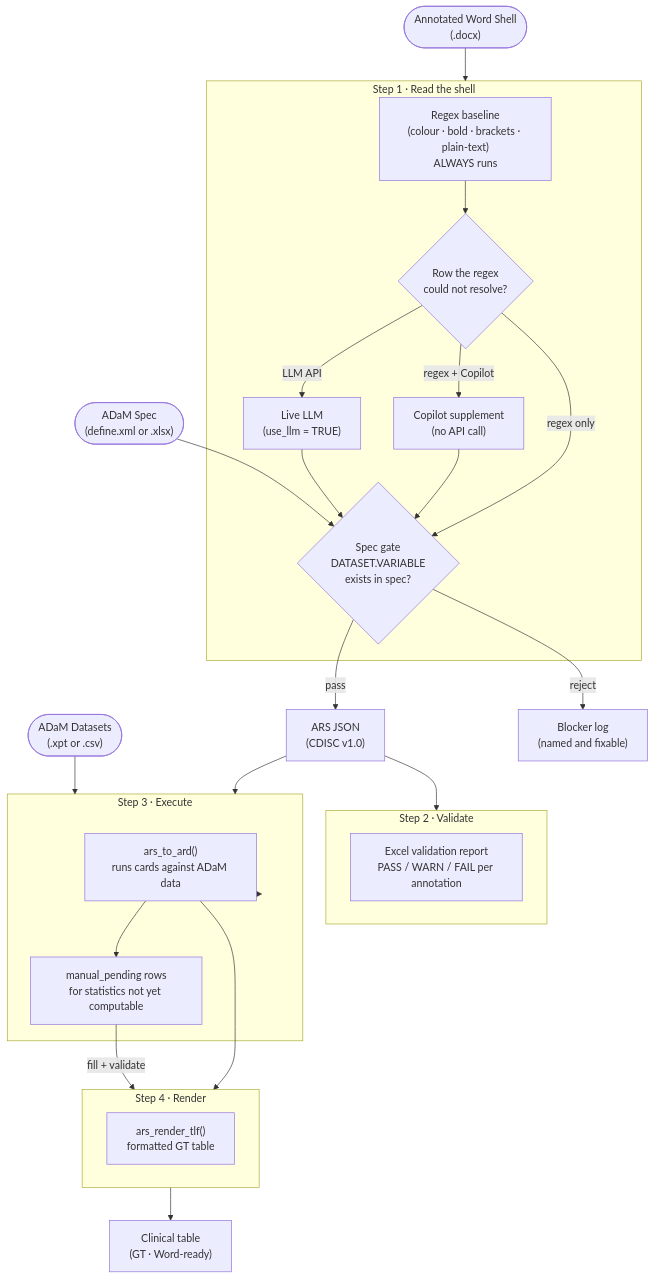
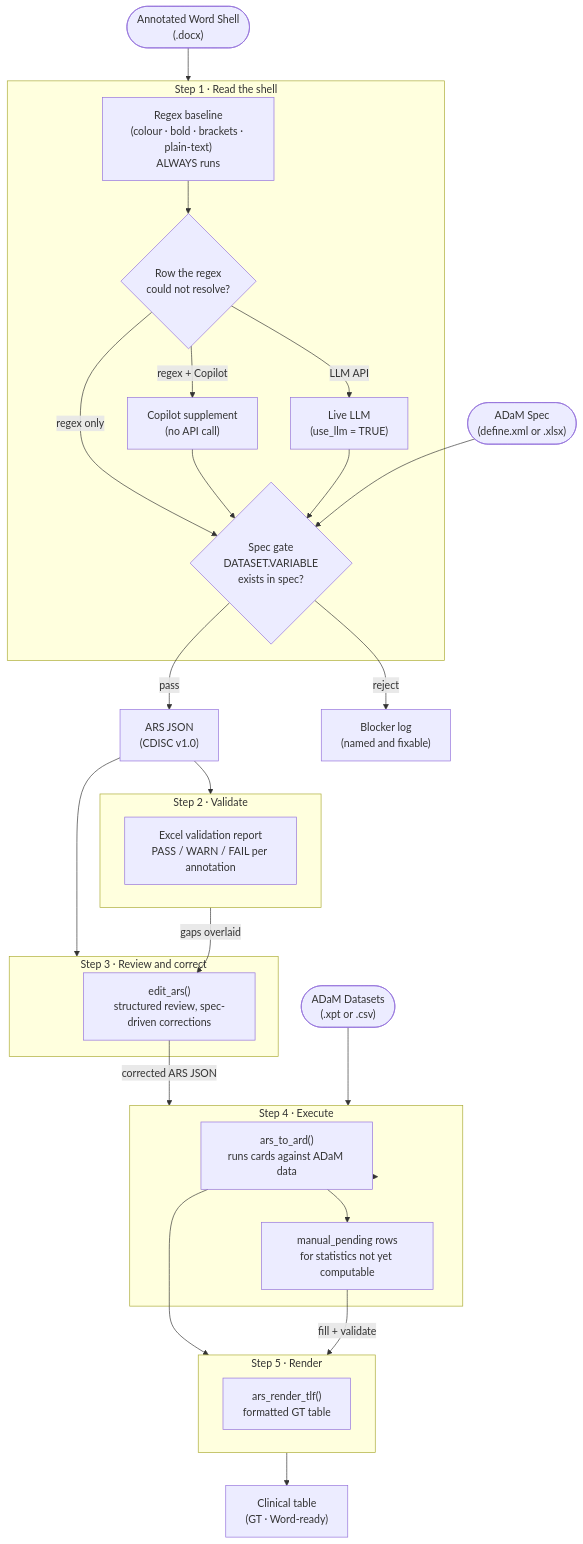
Before and after one commit to tavakohr/arsbridge: the diagram in README.Rmd, drawn with Mermaid. The commit also changed other lines of this file and 56 other files, not shown here.

First line of the commit message:
feat: interactive ARS review/edit stage + CDISC ARS v1.0 conformance (#11)

````diff
--- a/README.Rmd
+++ b/README.Rmd
@@ -49,44 +49,50 @@
 ```mermaid
 flowchart TD
     SHELL(["Annotated Word Shell\n(.docx)"])
     SPEC(["ADaM Spec\n(define.xml or .xlsx)"])
     ADAM(["ADaM Datasets\n(.xpt or .csv)"])
 
     subgraph STEP1 ["Step 1 · Read the shell"]
         R["Regex baseline\n(colour · bold · brackets · plain-text)\nALWAYS runs"]
         F{"Row the regex\ncould not resolve?"}
         C["Copilot supplement\n(no API call)"]
         L["Live LLM\n(use_llm = TRUE)"]
         G{"Spec gate\nDATASET.VARIABLE\nexists in spec?"}
         R --> F
         F -->|"regex only"| G
         F -->|"regex + Copilot"| C --> G
         F -->|"LLM API"| L --> G
     end
 
     subgraph STEP2 ["Step 2 · Validate"]
         V["Excel validation report\nPASS / WARN / FAIL per annotation"]
     end
 
-    subgraph STEP3 ["Step 3 · Execute"]
+    subgraph STEP3 ["Step 3 · Review and correct"]
+        RV["edit_ars()\nstructured review, spec-driven corrections"]
+    end
+
+    subgraph STEP4 ["Step 4 · Execute"]
         E["ars_to_ard()\nruns cards against ADaM data"]
         MP["manual_pending rows\nfor statistics not yet computable"]
     end
 
-    subgraph STEP4 ["Step 4 · Render"]
+    subgraph STEP5 ["Step 5 · Render"]
         T["ars_render_tlf()\nformatted GT table"]
     end
 
     SHELL --> STEP1
     SPEC --> G
     G -->|"pass"| ARS["ARS JSON\n(CDISC v1.0)"]
     G -->|"reject"| BLK["Blocker log\n(named and fixable)"]
     ARS --> STEP2
     ARS --> STEP3
-    ADAM --> STEP3
-    STEP3 --> E
+    STEP2 -->|"gaps overlaid"| RV
+    RV -->|"corrected ARS JSON"| STEP4
+    ADAM --> STEP4
+    STEP4 --> E
     E --> MP
-    E --> STEP4
-    MP -->|"fill + validate"| STEP4
-    STEP4 --> TLF["Clinical table\n(GT · Word-ready)"]
+    E --> STEP5
+    MP -->|"fill + validate"| STEP5
+    STEP5 --> TLF["Clinical table\n(GT · Word-ready)"]
 ```
````
